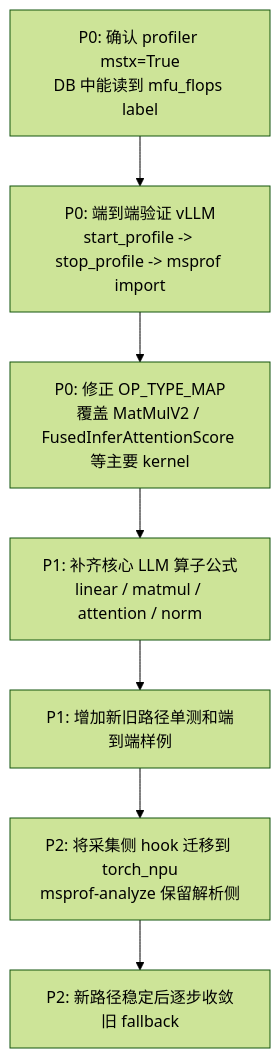
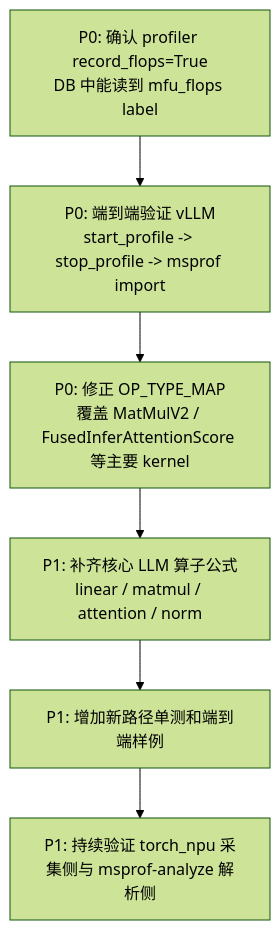
One commit to Ascend/msprof-analyze changed the eighth of 8 diagrams in docs/zh/design/MFU采集与计算重构设计文档.md. Above: the diagram before and after it, drawn with Mermaid (forest theme). The commit also changed other lines of this file and 16 other files, not shown here.

Commit message:
refactor(mfu): consume recorded FLOPs in analyzer

````diff
--- a/docs/zh/design/MFU采集与计算重构设计文档.md
+++ b/docs/zh/design/MFU采集与计算重构设计文档.md
@@ -419,9 +407,8 @@
 ```mermaid
 flowchart TD
-    R1["P0: 确认 profiler mstx=True<br/>DB 中能读到 mfu_flops label"] --> R2["P0: 端到端验证 vLLM<br/>start_profile -> stop_profile -> msprof import"]
+    R1["P0: 确认 profiler record_flops=True<br/>DB 中能读到 mfu_flops label"] --> R2["P0: 端到端验证 vLLM<br/>start_profile -> stop_profile -> msprof import"]
     R2 --> R3["P0: 修正 OP_TYPE_MAP<br/>覆盖 MatMulV2 / FusedInferAttentionScore 等主要 kernel"]
     R3 --> R4["P1: 补齐核心 LLM 算子公式<br/>linear / matmul / attention / norm"]
-    R4 --> R5["P1: 增加新旧路径单测和端到端样例"]
-    R5 --> R6["P2: 将采集侧 hook 迁移到 torch_npu<br/>msprof-analyze 保留解析侧"]
-    R6 --> R7["P2: 新路径稳定后逐步收敛旧 fallback"]
+    R4 --> R5["P1: 增加新路径单测和端到端样例"]
+    R5 --> R6["P1: 持续验证 torch_npu 采集侧与 msprof-analyze 解析侧"]
 ```
````
